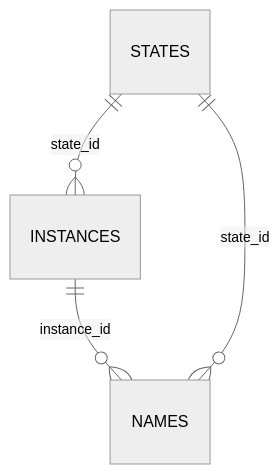
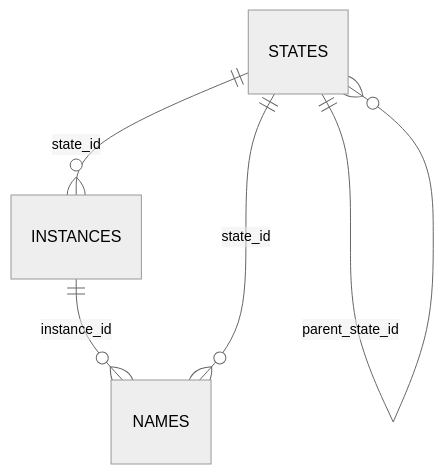
One commit to kimak-irmagi/taidon changed the diagram in docs/architecture/local-engine-storage-schema.RU.md. Above: the diagram before and after it, drawn with Mermaid (neutral theme). The commit also changed other lines of this file and 17 other files, not shown here.

````diff
--- a/docs/architecture/local-engine-storage-schema.RU.md
+++ b/docs/architecture/local-engine-storage-schema.RU.md
@@ -123,6 +141,7 @@
 ```mermaid
 erDiagram
   STATES ||--o{ INSTANCES : "state_id"
   INSTANCES ||--o{ NAMES : "instance_id"
   STATES ||--o{ NAMES : "state_id"
+  STATES ||--o{ STATES : "parent_state_id"
 ```
````
